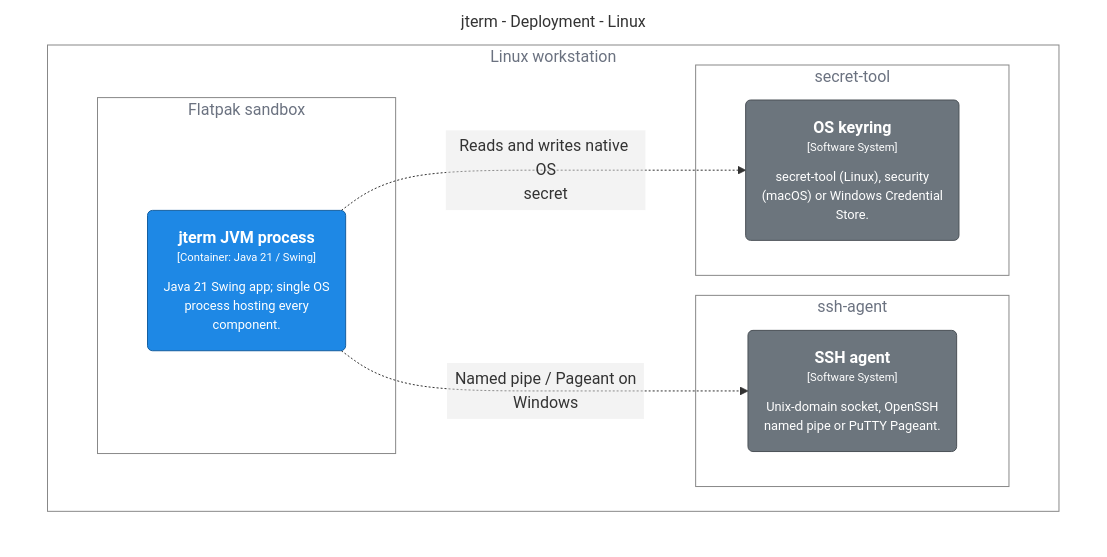
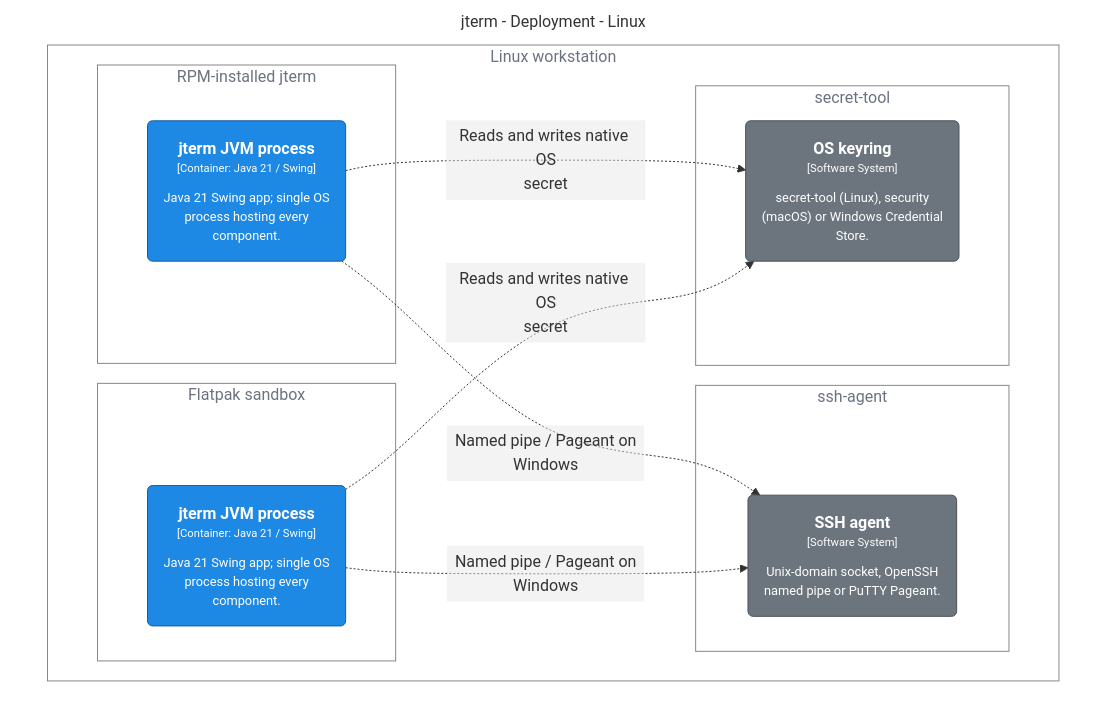
Before and after one commit to drecaise/jterm: the diagram in docs/architecture/model/generated/deployment-linux.mmd, drawn with Mermaid. The commit also changed 14 other files, not shown here.

```diff
--- a/docs/architecture/model/generated/deployment-linux.mmd
+++ b/docs/architecture/model/generated/deployment-linux.mmd
@@ -1,40 +1,49 @@
 ---
 config:
   flowchart:
     padding: 16
 ---
 %%{init: {'theme':'base','themeVariables':{'edgeLabelBackground':'transparent','lineColor':'#8b95a1','fontFamily':'-apple-system,BlinkMacSystemFont,"Segoe UI",Roboto,Helvetica,Arial,sans-serif','fontSize':'14px'},'flowchart':{'curve':'basis','useMaxWidth':true}}}%%
 graph TB
 
   subgraph diagram ["jterm - Deployment - Linux"]
     style diagram fill:transparent,stroke:transparent
 
     subgraph 96 [Linux workstation]
       style 96 fill:transparent,stroke:#888888,color:#6b7280
 
-      subgraph 102 [ssh-agent]
-        style 102 fill:transparent,stroke:#888888,color:#6b7280
+      subgraph 101 [secret-tool]
+        style 101 fill:transparent,stroke:#888888,color:#6b7280
 
-        103("<div style='font-weight: bold'>SSH agent</div><div style='font-size: 70%; margin-top: 0px'>[Software System]</div><div style='font-size: 80%; margin-top:10px'>Unix-domain socket, OpenSSH<br />named pipe or PuTTY Pageant.</div>")
-        style 103 fill:#6c757d,stroke:#4b5157,color:#ffffff
+        102("<div style='font-weight: bold'>OS keyring</div><div style='font-size: 70%; margin-top: 0px'>[Software System]</div><div style='font-size: 80%; margin-top:10px'>secret-tool (Linux), security<br />(macOS) or Windows Credential<br />Store.</div>")
+        style 102 fill:#6c757d,stroke:#4b5157,color:#ffffff
+      end
+
+      subgraph 105 [ssh-agent]
+        style 105 fill:transparent,stroke:#888888,color:#6b7280
+
+        106("<div style='font-weight: bold'>SSH agent</div><div style='font-size: 70%; margin-top: 0px'>[Software System]</div><div style='font-size: 80%; margin-top:10px'>Unix-domain socket, OpenSSH<br />named pipe or PuTTY Pageant.</div>")
+        style 106 fill:#6c757d,stroke:#4b5157,color:#ffffff
       end
 
       subgraph 97 [Flatpak sandbox]
         style 97 fill:transparent,stroke:#888888,color:#6b7280
 
         98("<div style='font-weight: bold'>jterm JVM process</div><div style='font-size: 70%; margin-top: 0px'>[Container: Java 21 / Swing]</div><div style='font-size: 80%; margin-top:10px'>Java 21 Swing app; single OS<br />process hosting every<br />component.</div>")
         style 98 fill:#1e88e5,stroke:#155fa0,color:#ffffff
       end
 
-      subgraph 99 [secret-tool]
+      subgraph 99 [RPM-installed jterm]
         style 99 fill:transparent,stroke:#888888,color:#6b7280
 
-        100("<div style='font-weight: bold'>OS keyring</div><div style='font-size: 70%; margin-top: 0px'>[Software System]</div><div style='font-size: 80%; margin-top:10px'>secret-tool (Linux), security<br />(macOS) or Windows Credential<br />Store.</div>")
-        style 100 fill:#6c757d,stroke:#4b5157,color:#ffffff
+        100("<div style='font-weight: bold'>jterm JVM process</div><div style='font-size: 70%; margin-top: 0px'>[Container: Java 21 / Swing]</div><div style='font-size: 80%; margin-top:10px'>Java 21 Swing app; single OS<br />process hosting every<br />component.</div>")
+        style 100 fill:#1e88e5,stroke:#155fa0,color:#ffffff
       end
 
     end
 
-    98-. "<div style='padding:4px 8px'><div>Reads and writes native OS<br />secret</div><div style='font-size: 70%'></div></div>" .->100
-    98-. "<div style='padding:4px 8px'><div>Named pipe / Pageant on<br />Windows</div><div style='font-size: 70%'></div></div>" .->103
+    100-. "<div style='padding:4px 8px'><div>Reads and writes native OS<br />secret</div><div style='font-size: 70%'></div></div>" .->102
+    98-. "<div style='padding:4px 8px'><div>Reads and writes native OS<br />secret</div><div style='font-size: 70%'></div></div>" .->102
+    100-. "<div style='padding:4px 8px'><div>Named pipe / Pageant on<br />Windows</div><div style='font-size: 70%'></div></div>" .->106
+    98-. "<div style='padding:4px 8px'><div>Named pipe / Pageant on<br />Windows</div><div style='font-size: 70%'></div></div>" .->106
   end
```
